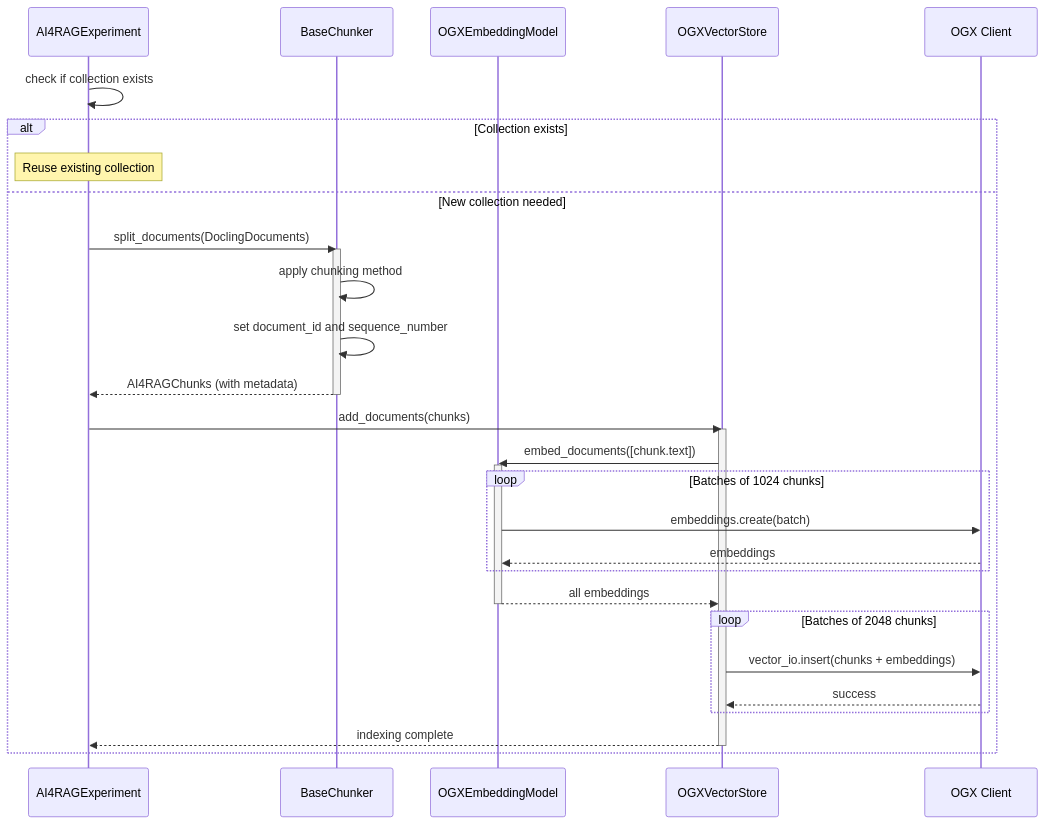
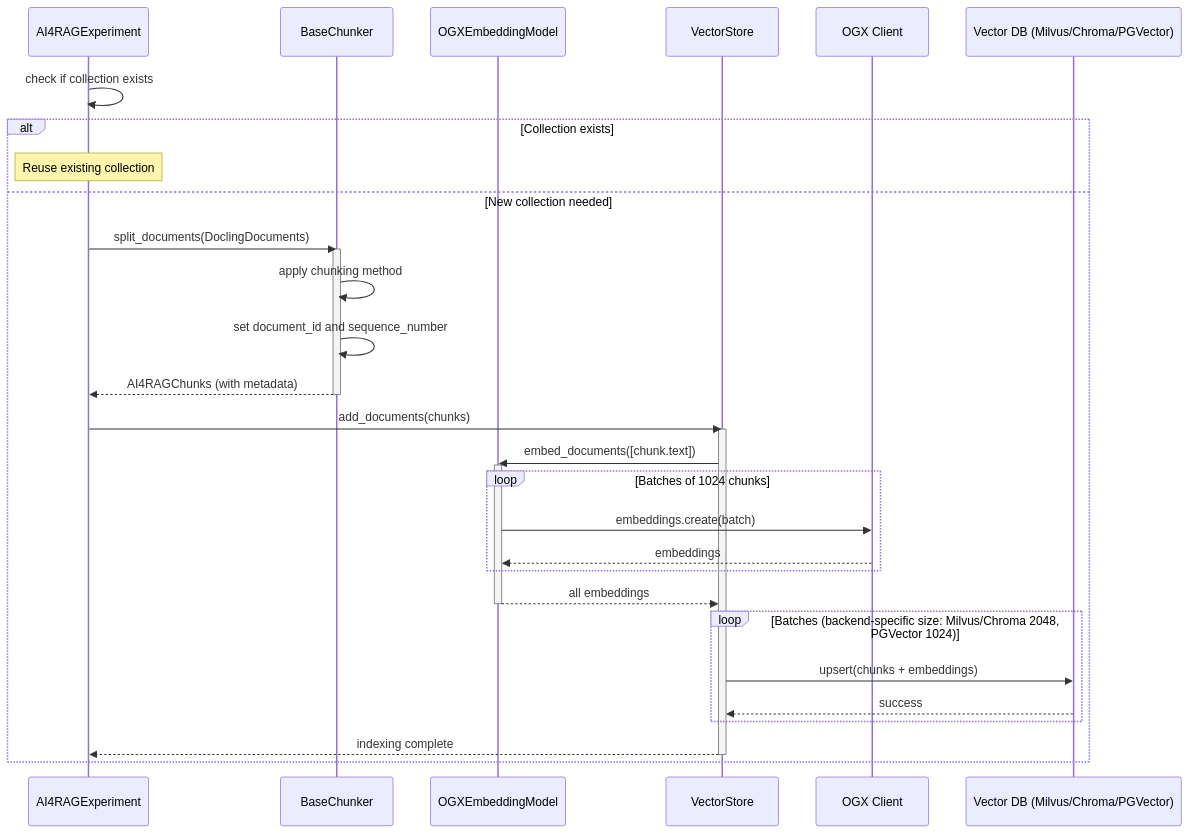
One commit to IBM/ai4rag changed the first of 4 diagrams in docs/architecture/data-flow.md. Above: the diagram before and after it, drawn with Mermaid. The commit also changed other lines of this file and 86 other files, not shown here.

First line of the commit message:
Switch vector store to direct clients (#118)

````diff
--- a/docs/architecture/data-flow.md
+++ b/docs/architecture/data-flow.md
@@ -22,38 +22,39 @@
 ```mermaid
 sequenceDiagram
     participant Exp as AI4RAGExperiment
     participant LC as BaseChunker
     participant EM as OGXEmbeddingModel
-    participant VS as OGXVectorStore
+    participant VS as VectorStore
     participant OGXClient as OGX Client
+    participant DB as Vector DB (Milvus/Chroma/PGVector)
 
     Exp->>Exp: check if collection exists
     alt Collection exists
         Note over Exp: Reuse existing collection
     else New collection needed
         Exp->>LC: split_documents(DoclingDocuments)
         activate LC
         LC->>LC: apply chunking method
         LC->>LC: set document_id and sequence_number
         LC-->>Exp: AI4RAGChunks (with metadata)
         deactivate LC
 
         Exp->>VS: add_documents(chunks)
         activate VS
         VS->>EM: embed_documents([chunk.text])
         activate EM
         loop Batches of 1024 chunks
             EM->>OGXClient: embeddings.create(batch)
             OGXClient-->>EM: embeddings
         end
         EM-->>VS: all embeddings
         deactivate EM
 
-        loop Batches of 2048 chunks
-            VS->>OGXClient: vector_io.insert(chunks + embeddings)
-            OGXClient-->>VS: success
+        loop Batches (backend-specific size: Milvus/Chroma 2048, PGVector 1024)
+            VS->>DB: upsert(chunks + embeddings)
+            DB-->>VS: success
         end
         VS-->>Exp: indexing complete
         deactivate VS
     end
 ```
````
